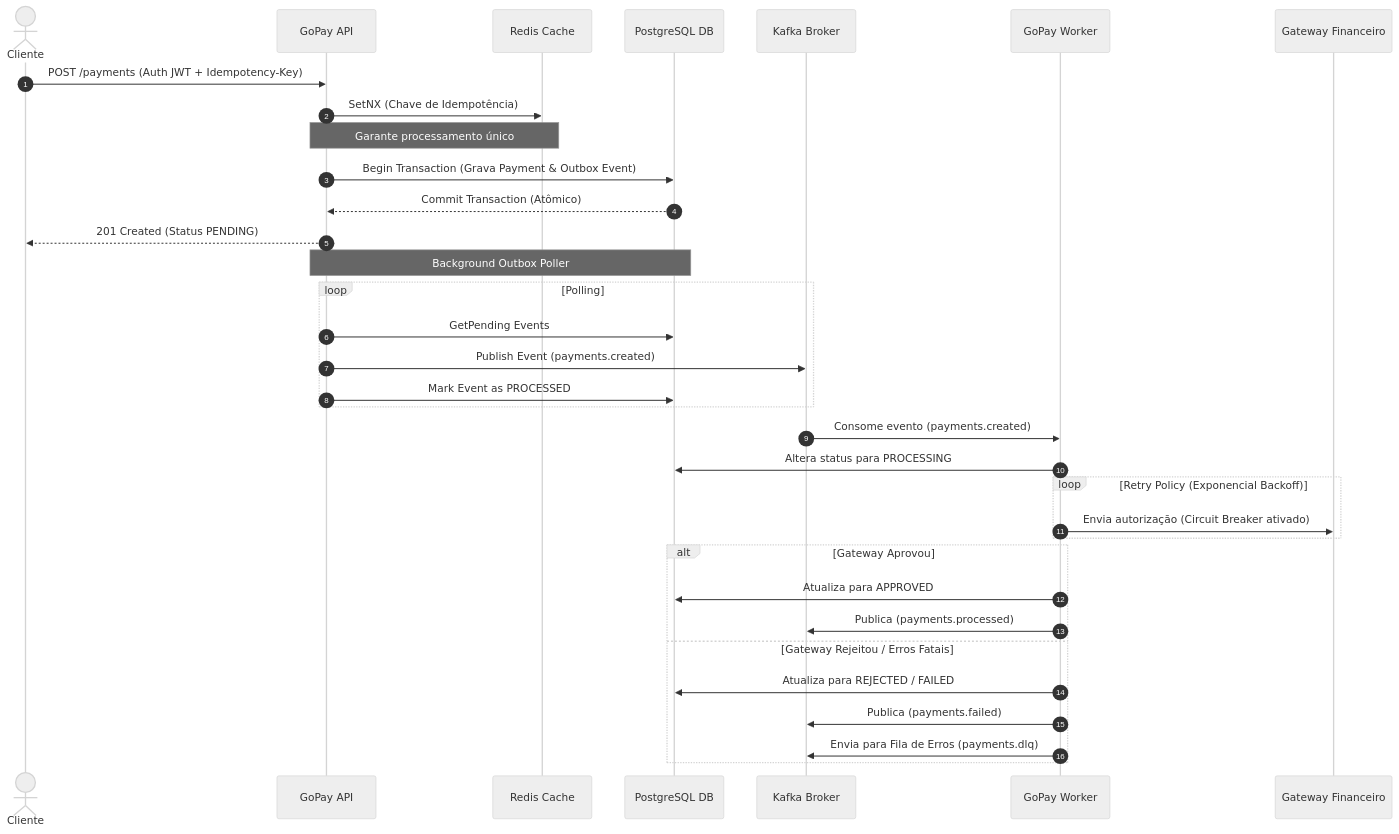
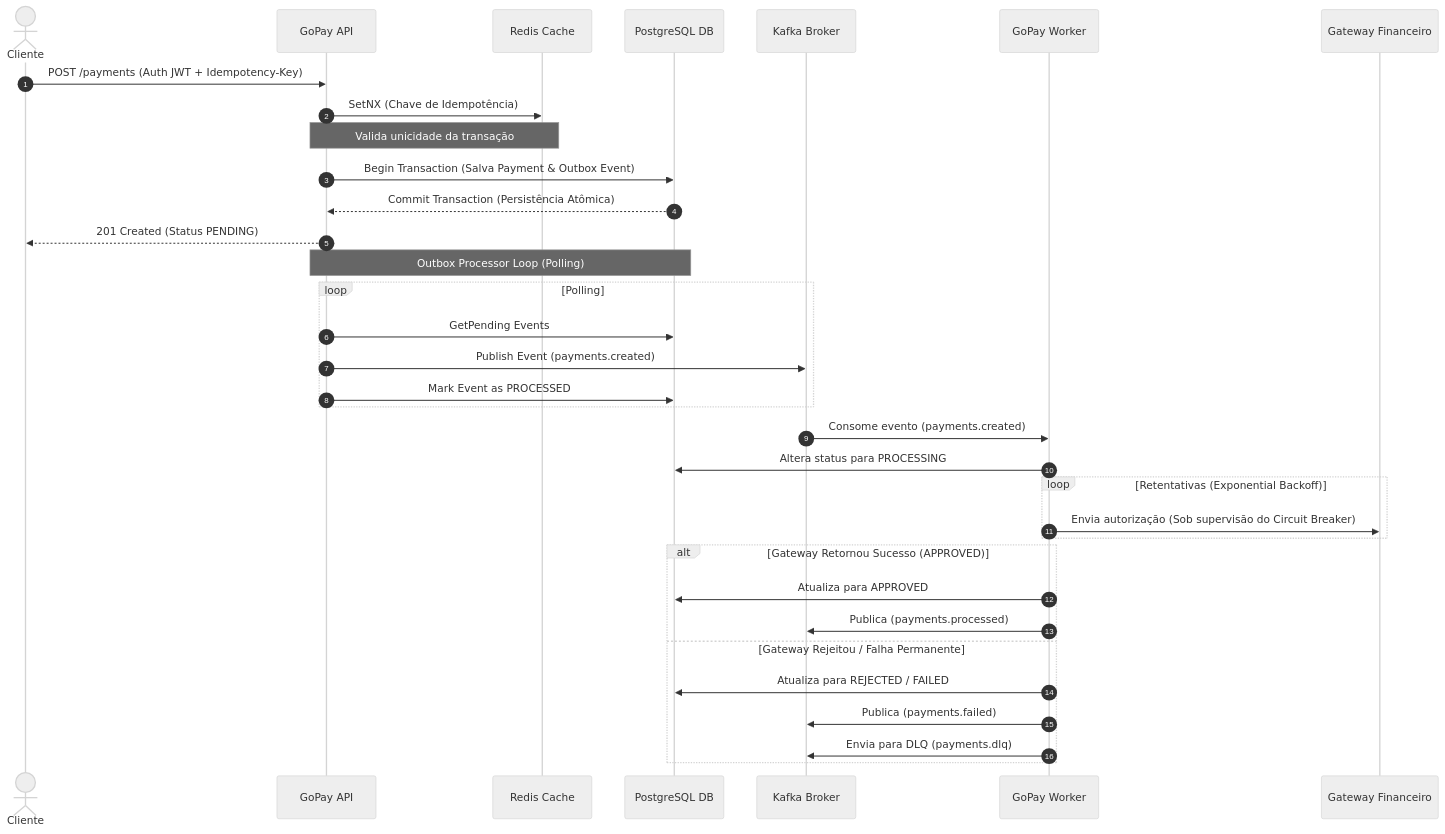
One commit to alessandrogama/payments-go changed the diagram in README.md. Above: the diagram before and after it, drawn with Mermaid (neutral theme). The commit also changed other lines of this file, not shown here.

````diff
--- a/README.md
+++ b/README.md
@@ -20,39 +29,39 @@
 ```mermaid
 sequenceDiagram
     autonumber
     actor Cliente
     participant API as GoPay API
     participant Cache as Redis Cache
     participant DB as PostgreSQL DB
     participant Broker as Kafka Broker
     participant Worker as GoPay Worker
     participant GW as Gateway Financeiro
 
     Cliente->>API: POST /payments (Auth JWT + Idempotency-Key)
     API->>Cache: SetNX (Chave de Idempotência)
-    Note over API,Cache: Garante processamento único
-    API->>DB: Begin Transaction (Grava Payment & Outbox Event)
-    DB-->>API: Commit Transaction (Atômico)
+    Note over API,Cache: Valida unicidade da transação
+    API->>DB: Begin Transaction (Salva Payment & Outbox Event)
+    DB-->>API: Commit Transaction (Persistência Atômica)
     API-->>Cliente: 201 Created (Status PENDING)
 
-    Note over API,DB: Background Outbox Poller
+    Note over API,DB: Outbox Processor Loop (Polling)
     loop Polling
         API->>DB: GetPending Events
         API->>Broker: Publish Event (payments.created)
         API->>DB: Mark Event as PROCESSED
     end
 
     Broker->>Worker: Consome evento (payments.created)
     Worker->>DB: Altera status para PROCESSING
-    loop Retry Policy (Exponencial Backoff)
-        Worker->>GW: Envia autorização (Circuit Breaker ativado)
+    loop Retentativas (Exponential Backoff)
+        Worker->>GW: Envia autorização (Sob supervisão do Circuit Breaker)
     end
-    alt Gateway Aprovou
+    alt Gateway Retornou Sucesso (APPROVED)
         Worker->>DB: Atualiza para APPROVED
         Worker->>Broker: Publica (payments.processed)
-    else Gateway Rejeitou / Erros Fatais
+    else Gateway Rejeitou / Falha Permanente
         Worker->>DB: Atualiza para REJECTED / FAILED
         Worker->>Broker: Publica (payments.failed)
-        Worker->>Broker: Envia para Fila de Erros (payments.dlq)
+        Worker->>Broker: Envia para DLQ (payments.dlq)
     end
 ```
````
